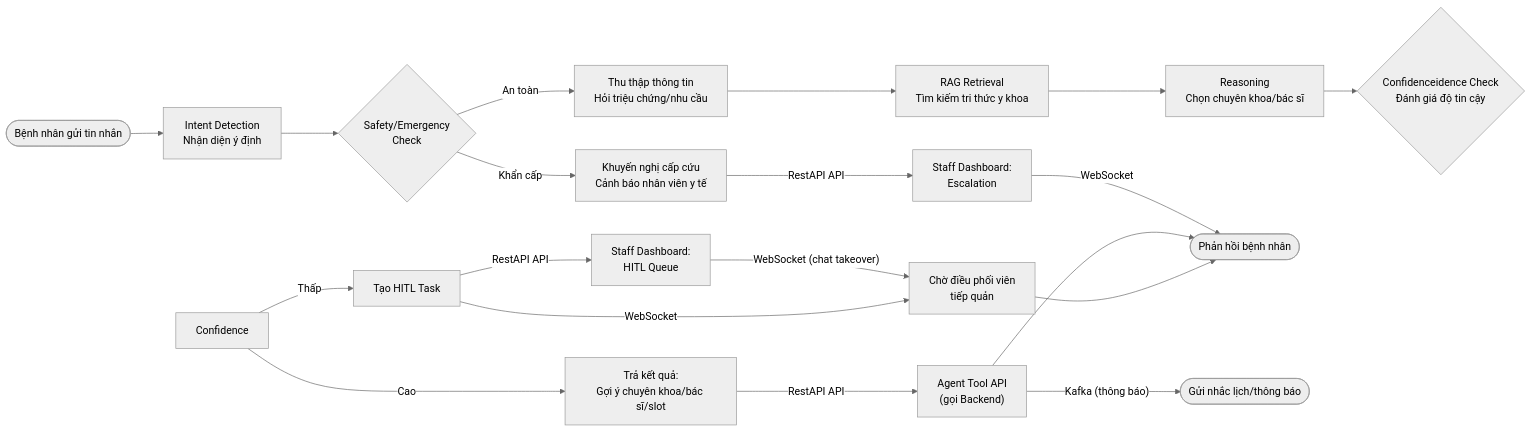
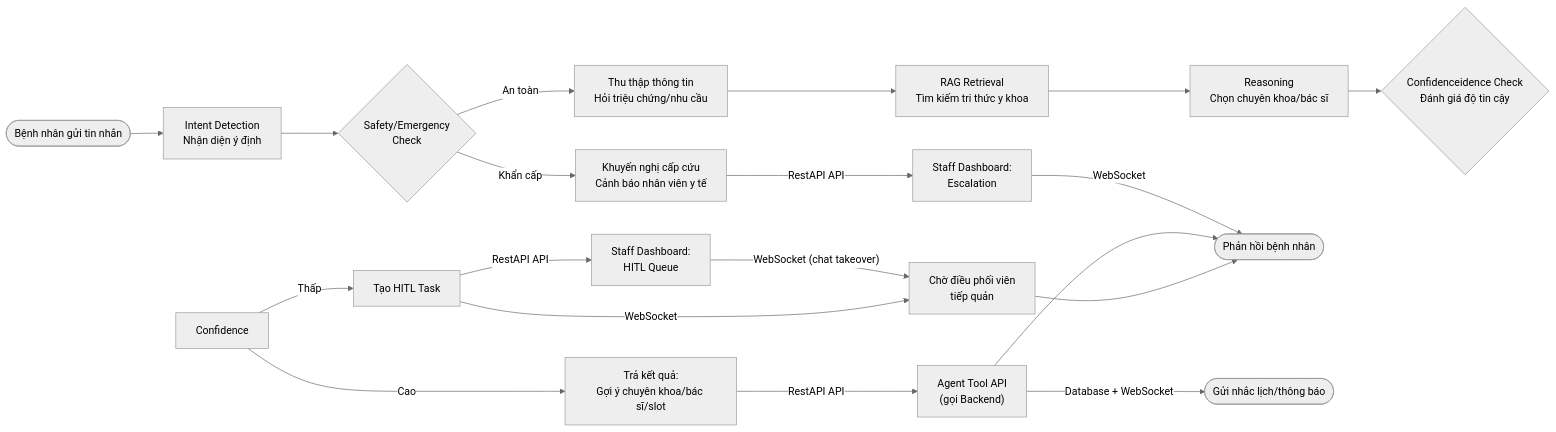
The second of 3 diagrams in ARCHITECTURE.md (MaiVanTruong2310/T24-Build-Phase-AI-In-Action), drawn with Mermaid (neutral theme) before and after one commit. The commit also changed other lines of this file and 18 other files, not shown here.

````diff
--- a/ARCHITECTURE.md
+++ b/ARCHITECTURE.md
@@ -101,27 +101,27 @@
 ```mermaid
 flowchart LR
     Start(["Bệnh nhân gửi tin nhắn"]) --> Intent["Intent Detection<br/>Nhận diện ý định"]
     Intent --> Safety{"Safety/Emergency<br/>Check"}
 
     Safety -->|"Khẩn cấp"| Emg["Khuyến nghị cấp cứu<br/>Cảnh báo nhân viên y tế"]
     Emg -->|"RestAPI API"| HITL1["Staff Dashboard:<br/>Escalation"]
 
     Safety -->|"An toàn"| Gather["Thu thập thông tin<br/>Hỏi triệu chứng/nhu cầu"]
     Gather --> RAG["RAG Retrieval<br/>Tìm kiếm tri thức y khoa"]
     RAG --> Reason["Reasoning<br/>Chọn chuyên khoa/bác sĩ"]
     Reason --> Confidenceidence{"Confidenceidence Check<br/>Đánh giá độ tin cậy"}
 
     Confidence -->|"Cao"| Suggest["Trả kết quả:<br/>Gợi ý chuyên khoa/bác sĩ/slot"]
     Suggest -->|"RestAPI API"| ToolCall["Agent Tool API<br/>(gọi Backend)"]
 
     Confidence -->|"Thấp"| HandOff["Tạo HITL Task"]
     HandOff -->|"RestAPI API"| HITL2["Staff Dashboard:<br/>HITL Queue"]
     HandOff -->|"WebSocket"| Waiting["Chờ điều phối viên<br/>tiếp quản"]
 
     HITL2 -->|"WebSocket (chat takeover)"| Waiting
     Waiting --> Reply(["Phản hồi bệnh nhân"])
     ToolCall --> Reply
     HITL1 -->|"WebSocket"| Reply
 
-    ToolCall -->|"Kafka (thông báo)"| Notify(["Gửi nhắc lịch/thông báo"])
+    ToolCall -->|"Database + WebSocket"| Notify(["Gửi nhắc lịch/thông báo"])
 ```
````
